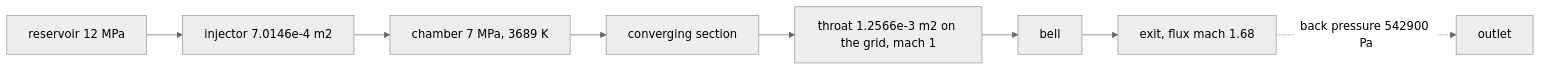
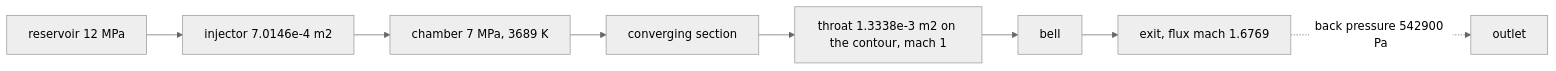
One commit to totallynotbrent/nuFor changed the diagram in docs/numerics/2d/chamber-throat.md. Above: the diagram before and after it, drawn with Mermaid (neutral theme). The commit also changed other lines of this file and 187 other files, not shown here.

````diff
--- a/docs/numerics/2d/chamber-throat.md
+++ b/docs/numerics/2d/chamber-throat.md
@@ -10,10 +10,10 @@
 ```mermaid
 flowchart LR
   tank["reservoir 12 MPa"] --> inj["injector 7.0146e-4 m2"]
   inj --> chamber["chamber 7 MPa, 3689 K"]
   chamber --> conv["converging section"]
-  conv --> throat["throat 1.2566e-3 m2 on the grid, mach 1"]
+  conv --> throat["throat 1.3338e-3 m2 on the contour, mach 1"]
   throat --> bell["bell"]
-  bell --> exit["exit, flux mach 1.68"]
+  bell --> exit["exit, flux mach 1.6769"]
   exit -. back pressure 542900 Pa .-> outlet
 ```
````
